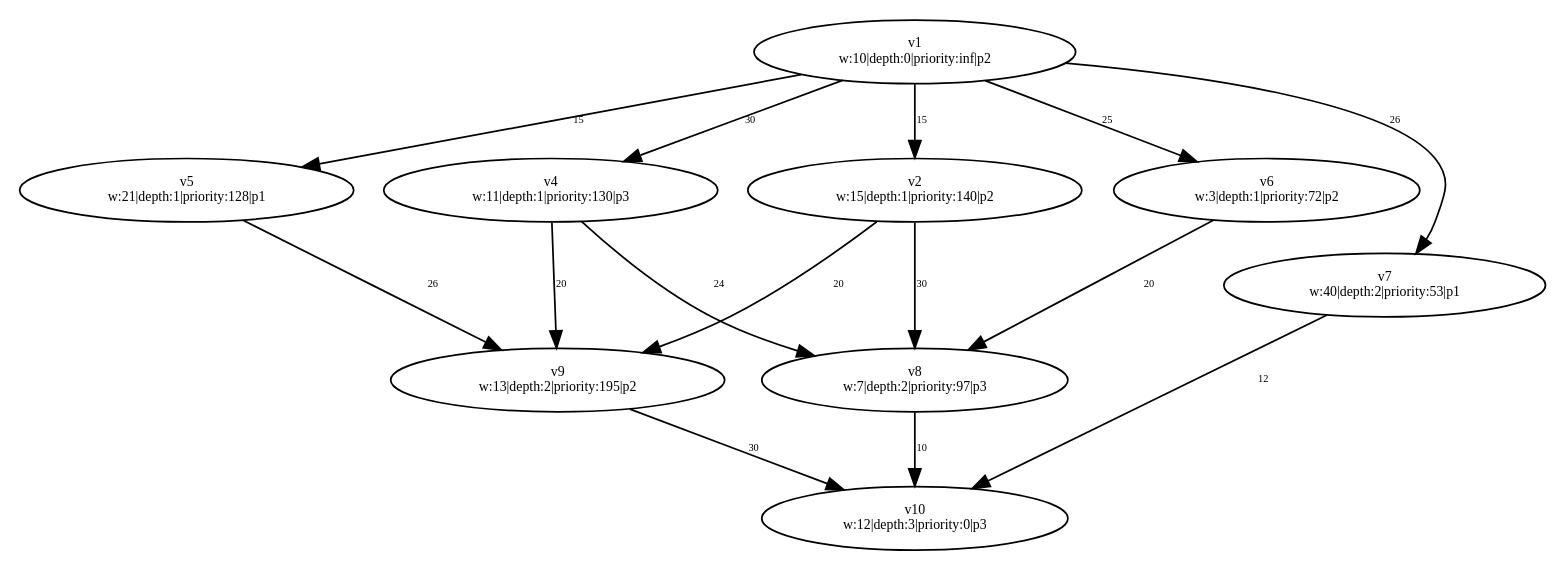
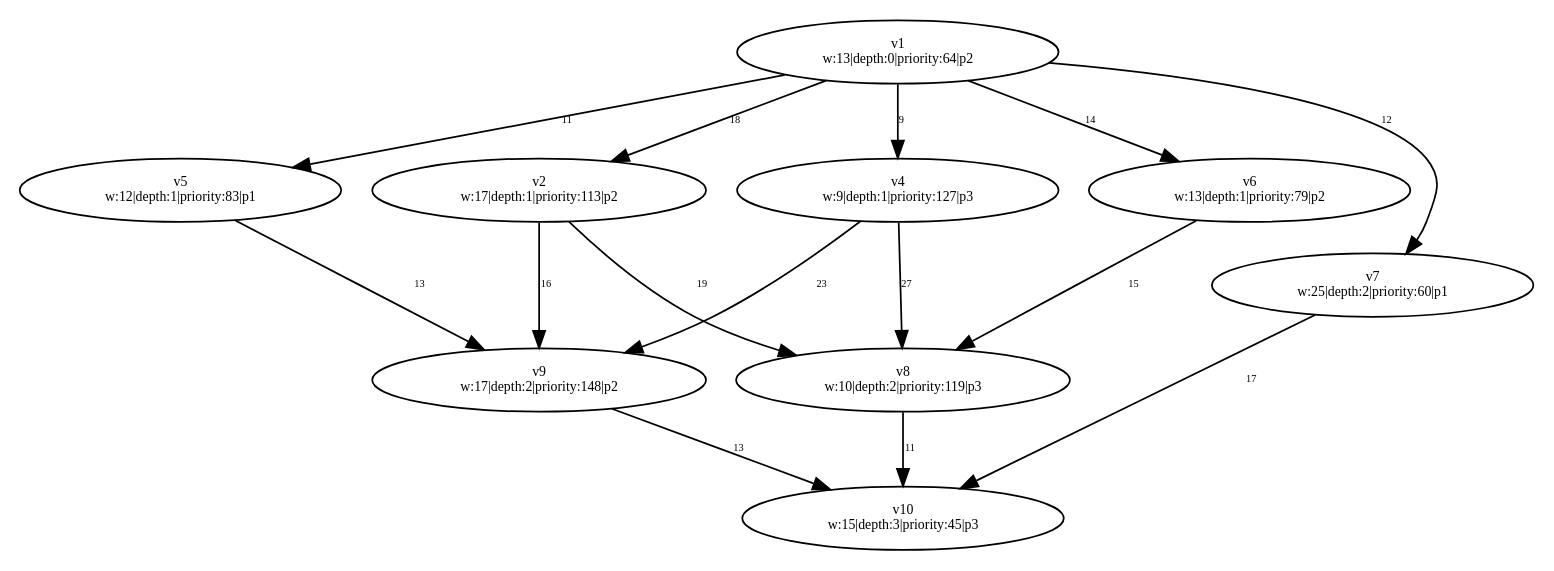
Before and after one commit to dexters1/Task-Scheduling-Based-on-Genetic-Algorithms: the diagram in PythonApplication1/PythonApplication1/test-output/slika_7_Simplified.gv, drawn with Graphviz. The commit also changed 54 other files, not shown here.

```diff
--- a/PythonApplication1/PythonApplication1/test-output/slika_7_Simplified.gv
+++ b/PythonApplication1/PythonApplication1/test-output/slika_7_Simplified.gv
@@ -1,34 +1,34 @@
 digraph {
 	v1 [label="v1
-w:10|depth:0|priority:inf|p2" fontsize=8.0]
+w:13|depth:0|priority:64|p2" fontsize=8.0]
+	v4 [label="v4
+w:9|depth:1|priority:127|p3" fontsize=8.0]
 	v2 [label="v2
-w:15|depth:1|priority:140|p2" fontsize=8.0]
-	v4 [label="v4
-w:11|depth:1|priority:130|p3" fontsize=8.0]
+w:17|depth:1|priority:113|p2" fontsize=8.0]
 	v5 [label="v5
-w:21|depth:1|priority:128|p1" fontsize=8.0]
+w:12|depth:1|priority:83|p1" fontsize=8.0]
 	v6 [label="v6
-w:3|depth:1|priority:72|p2" fontsize=8.0]
+w:13|depth:1|priority:79|p2" fontsize=8.0]
 	v9 [label="v9
-w:13|depth:2|priority:195|p2" fontsize=8.0]
+w:17|depth:2|priority:148|p2" fontsize=8.0]
 	v8 [label="v8
-w:7|depth:2|priority:97|p3" fontsize=8.0]
+w:10|depth:2|priority:119|p3" fontsize=8.0]
 	v7 [label="v7
-w:40|depth:2|priority:53|p1" fontsize=8.0]
+w:25|depth:2|priority:60|p1" fontsize=8.0]
 	v10 [label="v10
-w:12|depth:3|priority:0|p3" fontsize=8.0]
-	v1 -> v2 [label=15 constraint=true fontsize=6.0]
-	v1 -> v4 [label=30 constraint=true fontsize=6.0]
-	v1 -> v5 [label=15 constraint=true fontsize=6.0]
-	v1 -> v6 [label=25 constraint=true fontsize=6.0]
-	v2 -> v8 [label=30 constraint=true fontsize=6.0]
-	v2 -> v9 [label=20 constraint=true fontsize=6.0]
-	v4 -> v8 [label=24 constraint=true fontsize=6.0]
-	v4 -> v9 [label=20 constraint=true fontsize=6.0]
-	v5 -> v9 [label=26 constraint=true fontsize=6.0]
-	v6 -> v8 [label=20 constraint=true fontsize=6.0]
-	v7 -> v10 [label=12 constraint=true fontsize=6.0]
-	v8 -> v10 [label=10 constraint=true fontsize=6.0]
-	v9 -> v10 [label=30 constraint=true fontsize=6.0]
-	v1 -> v7 [label=26 constraint=true fontsize=6.0]
+w:15|depth:3|priority:45|p3" fontsize=8.0]
+	v1 -> v2 [label=18 constraint=true fontsize=6.0]
+	v1 -> v4 [label=9 constraint=true fontsize=6.0]
+	v1 -> v5 [label=11 constraint=true fontsize=6.0]
+	v1 -> v6 [label=14 constraint=true fontsize=6.0]
+	v2 -> v8 [label=19 constraint=true fontsize=6.0]
+	v2 -> v9 [label=16 constraint=true fontsize=6.0]
+	v4 -> v8 [label=27 constraint=true fontsize=6.0]
+	v4 -> v9 [label=23 constraint=true fontsize=6.0]
+	v5 -> v9 [label=13 constraint=true fontsize=6.0]
+	v6 -> v8 [label=15 constraint=true fontsize=6.0]
+	v7 -> v10 [label=17 constraint=true fontsize=6.0]
+	v8 -> v10 [label=11 constraint=true fontsize=6.0]
+	v9 -> v10 [label=13 constraint=true fontsize=6.0]
+	v1 -> v7 [label=12 constraint=true fontsize=6.0]
 }
```
